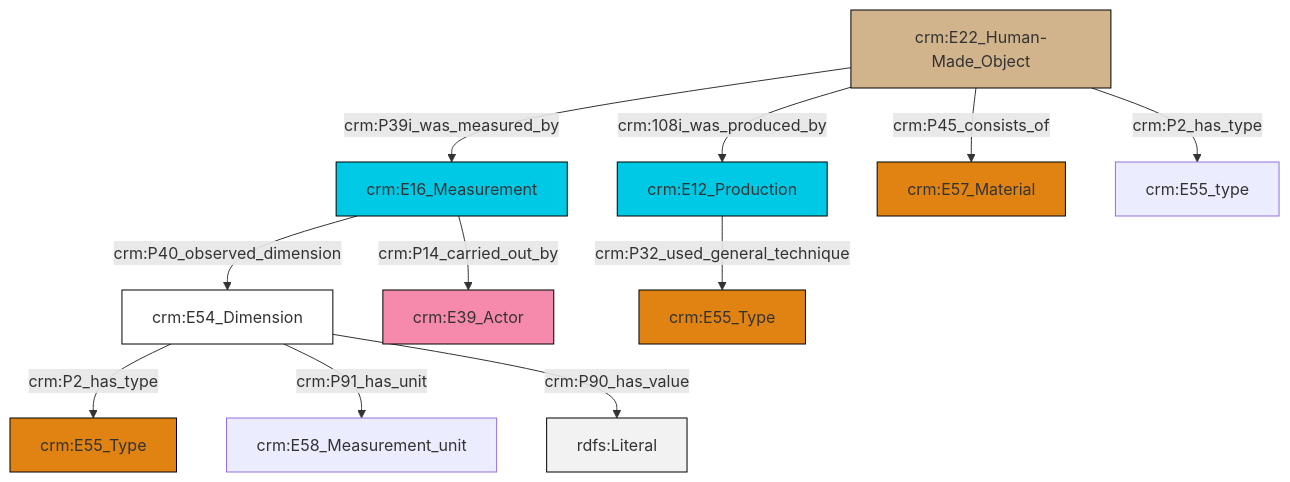
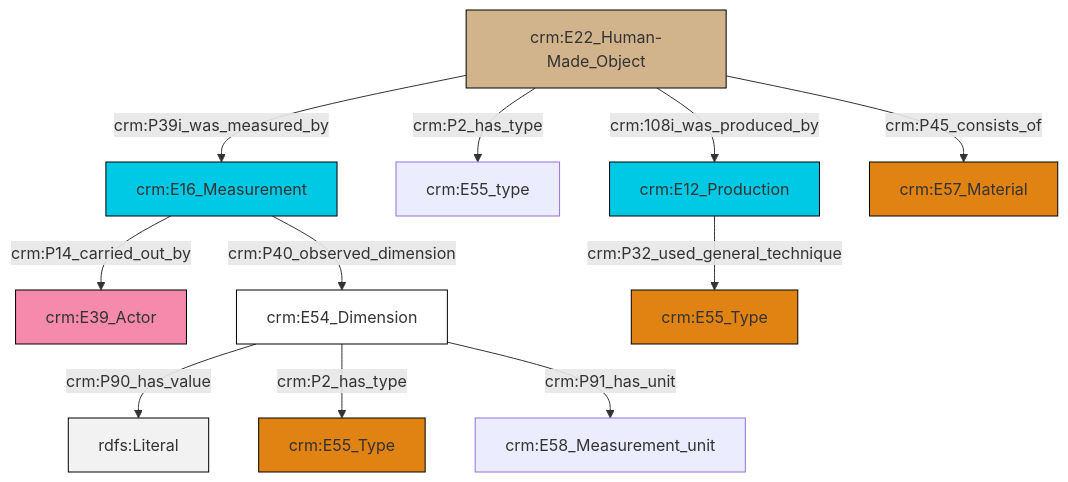
One commit to swiss-art-research-net/reference-data-models changed the diagram in et/builtWorkCSV/ttl/mmd/Built_Work_substance.ttl.mmd. Above: the diagram before and after it, drawn with Mermaid. The commit also changed 128 other files, not shown here.

```diff
--- a/et/builtWorkCSV/ttl/mmd/Built_Work_substance.ttl.mmd
+++ b/et/builtWorkCSV/ttl/mmd/Built_Work_substance.ttl.mmd
@@ -1,25 +1,25 @@
 graph TD
 classDef Literal fill:#f2f2f2,stroke:#000000;
 classDef CRM_Entity fill:#FFFFFF,stroke:#000000;
 classDef Temporal_Entity fill:#00C9E6, stroke:#000000;
 classDef Type fill:#E18312, stroke:#000000;
 classDef Time-Span fill:#2C9C91, stroke:#000000;
 classDef Appellation fill:#FFEB7F, stroke:#000000;
 classDef Place fill:#008836, stroke:#000000;
 classDef Persistent_Item fill:#B266B2, stroke:#000000;
 classDef Conceptual_Object fill:#FFD700, stroke:#000000;
 classDef Physical_Thing fill:#D2B48C, stroke:#000000;
 classDef Actor fill:#f58aad, stroke:#000000;
 classDef PC_Classes fill:#4ce600, stroke:#000000;
 classDef Multi fill:#cccccc,stroke:#000000;
 
-2["crm:E54_Dimension"]:::CRM_Entity -->|crm:P2_has_type| 3["crm:E55_Type"]:::Type
-4["crm:E16_Measurement"]:::Temporal_Entity -->|crm:P40_observed_dimension| 2["crm:E54_Dimension"]:::CRM_Entity
-8["crm:E22_Human-Made_Object"]:::Physical_Thing -->|crm:P39i_was_measured_by| 4["crm:E16_Measurement"]:::Temporal_Entity
-6["crm:E12_Production"]:::Temporal_Entity -->|crm:P32_used_general_technique| 10["crm:E55_Type"]:::Type
-4["crm:E16_Measurement"]:::Temporal_Entity -->|crm:P14_carried_out_by| 11["crm:E39_Actor"]:::Actor
-2["crm:E54_Dimension"]:::CRM_Entity -->|crm:P91_has_unit| 14["crm:E58_Measurement_unit"]:::Default
-8["crm:E22_Human-Made_Object"]:::Physical_Thing -->|crm:108i_was_produced_by| 6["crm:E12_Production"]:::Temporal_Entity
-2["crm:E54_Dimension"]:::CRM_Entity -->|crm:P90_has_value| 18[rdfs:Literal]:::Literal
-8["crm:E22_Human-Made_Object"]:::Physical_Thing -->|crm:P45_consists_of| 19["crm:E57_Material"]:::Type
-8["crm:E22_Human-Made_Object"]:::Physical_Thing -->|crm:P2_has_type| 0["crm:E55_type"]:::Default
+0["crm:E16_Measurement"]:::Temporal_Entity -->|crm:P14_carried_out_by| 1["crm:E39_Actor"]:::Actor
+0["crm:E16_Measurement"]:::Temporal_Entity -->|crm:P40_observed_dimension| 2["crm:E54_Dimension"]:::CRM_Entity
+5["crm:E22_Human-Made_Object"]:::Physical_Thing -->|crm:P2_has_type| 6["crm:E55_type"]:::Default
+2["crm:E54_Dimension"]:::CRM_Entity -->|crm:P90_has_value| 11[rdfs:Literal]:::Literal
+5["crm:E22_Human-Made_Object"]:::Physical_Thing -->|crm:P45_consists_of| 14["crm:E57_Material"]:::Type
+2["crm:E54_Dimension"]:::CRM_Entity -->|crm:P2_has_type| 17["crm:E55_Type"]:::Type
+5["crm:E22_Human-Made_Object"]:::Physical_Thing -->|crm:P39i_was_measured_by| 0["crm:E16_Measurement"]:::Temporal_Entity
+5["crm:E22_Human-Made_Object"]:::Physical_Thing -->|crm:108i_was_produced_by| 12["crm:E12_Production"]:::Temporal_Entity
+2["crm:E54_Dimension"]:::CRM_Entity -->|crm:P91_has_unit| 9["crm:E58_Measurement_unit"]:::Default
+12["crm:E12_Production"]:::Temporal_Entity -->|crm:P32_used_general_technique| 3["crm:E55_Type"]:::Type
```
